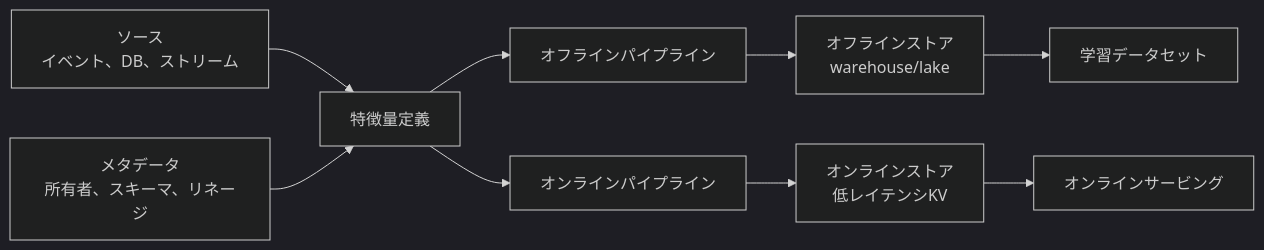
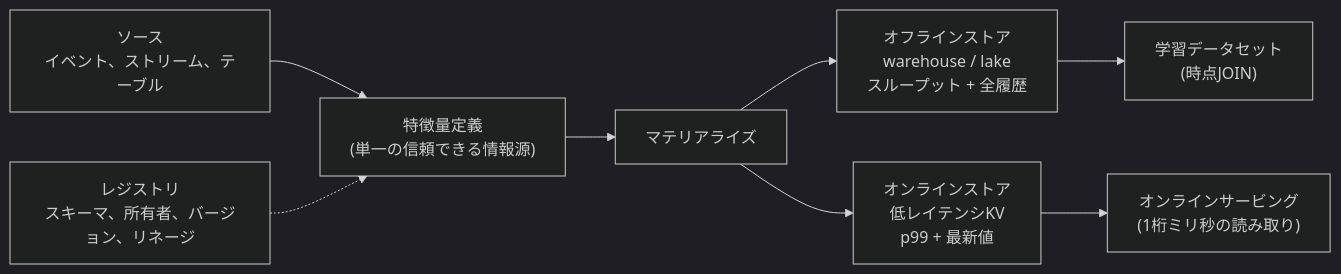
Before and after one commit to binarydevelop/system-design-patterns: the diagram in ja/16-ml-systems/02-feature-stores.md, drawn with Mermaid (dark theme). The commit also changed other lines of this file and 3 other files, not shown here.

````diff
--- a/ja/16-ml-systems/02-feature-stores.md
+++ b/ja/16-ml-systems/02-feature-stores.md
@@ -33,14 +29,10 @@
 ```mermaid
 flowchart LR
-    SRC["ソース<br/>イベント、DB、ストリーム"] --> DEF["特徴量定義"]
-    DEF --> OFFPIPE["オフラインパイプライン"]
-    DEF --> ONPIPE["オンラインパイプライン"]
-
-    OFFPIPE --> OFF["オフラインストア<br/>warehouse/lake"]
-    ONPIPE --> ON["オンラインストア<br/>低レイテンシKV"]
-
-    OFF --> TRAIN["学習データセット"]
-    ON --> SERVE["オンラインサービング"]
-
-    META["メタデータ<br/>所有者、スキーマ、リネージ"] --> DEF
+    SRC["ソース<br/>イベント、ストリーム、テーブル"] --> DEF["特徴量定義<br/>(単一の信頼できる情報源)"]
+    DEF --> MAT["マテリアライズ"]
+    MAT --> OFF["オフラインストア<br/>warehouse / lake<br/>スループット + 全履歴"]
+    MAT --> ON["オンラインストア<br/>低レイテンシKV<br/>p99 + 最新値"]
+    OFF --> TRAIN["学習データセット<br/>(時点JOIN)"]
+    ON --> SERVE["オンラインサービング<br/>(1桁ミリ秒の読み取り)"]
+    REG["レジストリ<br/>スキーマ、所有者、バージョン、リネージ"] -.-> DEF
 ```
````
